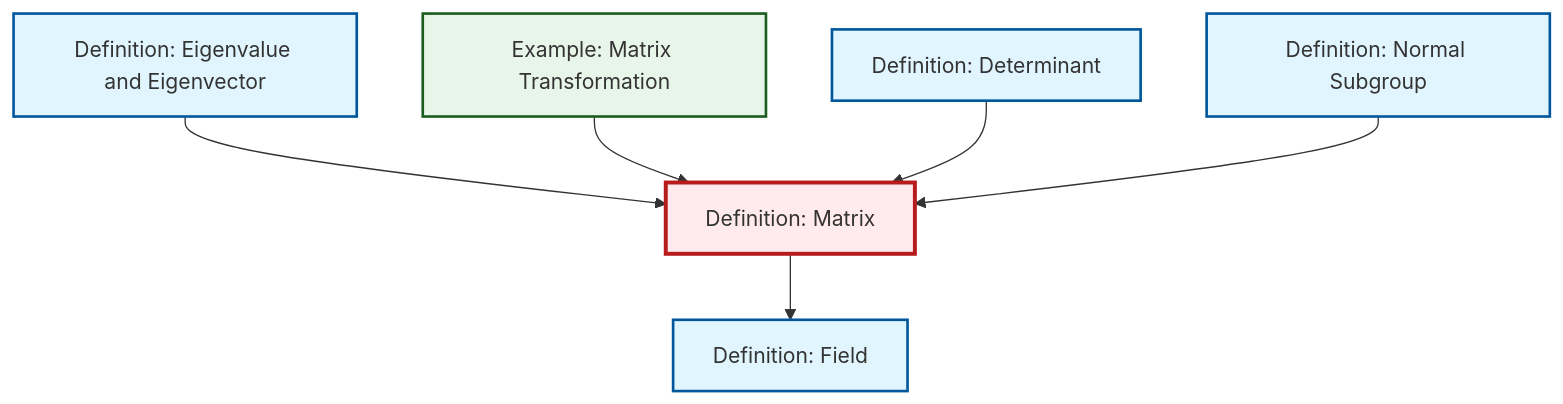
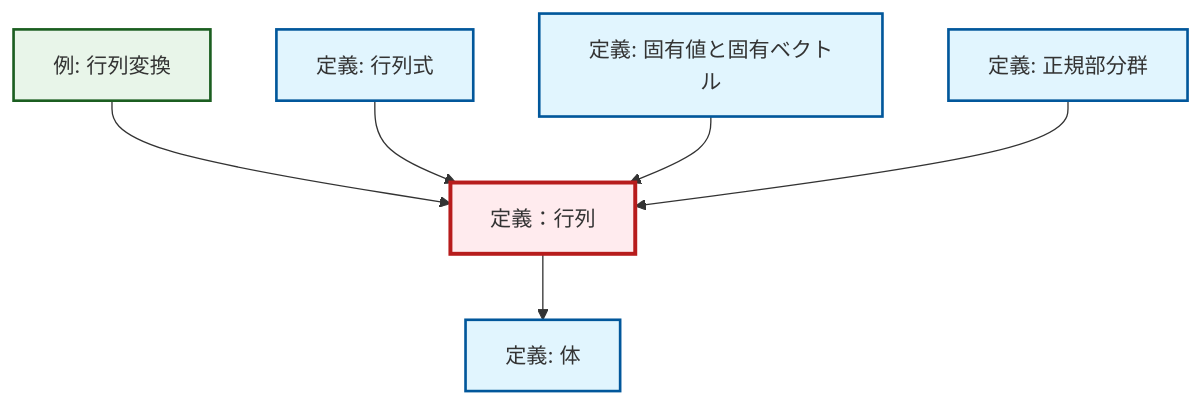
Before and after one commit to RK0429/ModernMath: the diagram in content/ja/algebra/def-matrix.qmd, drawn with Mermaid. The commit also changed 1069 other files, not shown here.

````diff
--- a/content/ja/algebra/def-matrix.qmd
+++ b/content/ja/algebra/def-matrix.qmd
@@ -60,26 +60,26 @@
 ```{mermaid}
 %%| fig-cap: "Local dependency graph"
 graph TD
     classDef definition fill:#e1f5fe,stroke:#01579b,stroke-width:2px
     classDef theorem fill:#f3e5f5,stroke:#4a148c,stroke-width:2px
     classDef axiom fill:#fff3e0,stroke:#e65100,stroke-width:2px
     classDef example fill:#e8f5e9,stroke:#1b5e20,stroke-width:2px
     classDef current fill:#ffebee,stroke:#b71c1c,stroke-width:3px
-    ex-matrix-transformation["Example: Matrix Transformation"]:::example
-    def-field["Definition: Field"]:::definition
-    def-matrix["Definition: Matrix"]:::definition
-    def-determinant["Definition: Determinant"]:::definition
-    def-eigenvalue-eigenvector["Definition: Eigenvalue and Eigenvector"]:::definition
-    def-normal-subgroup["Definition: Normal Subgroup"]:::definition
+    def-determinant["定義: 行列式"]:::definition
+    ex-matrix-transformation["例: 行列変換"]:::example
+    def-eigenvalue-eigenvector["定義: 固有値と固有ベクトル"]:::definition
+    def-normal-subgroup["定義: 正規部分群"]:::definition
+    def-field["定義: 体"]:::definition
+    def-matrix["定義：行列"]:::definition
+    ex-matrix-transformation --> def-matrix
+    def-matrix --> def-field
+    def-determinant --> def-matrix
     def-eigenvalue-eigenvector --> def-matrix
-    def-matrix --> def-field
-    ex-matrix-transformation --> def-matrix
-    def-determinant --> def-matrix
     def-normal-subgroup --> def-matrix
     class def-matrix current
-    click ex-matrix-transformation "ex-matrix-transformation.html" "Example: Matrix Transformationへ"
-    click def-field "def-field.html" "Definition: Fieldへ"
-    click def-determinant "def-determinant.html" "Definition: Determinantへ"
-    click def-eigenvalue-eigenvector "def-eigenvalue-eigenvector.html" "Definition: Eigenvalue and Eigenvectorへ"
-    click def-normal-subgroup "def-normal-subgroup.html" "Definition: Normal Subgroupへ"
+    click def-determinant "def-determinant.html" "行列式の定義へ"
+    click ex-matrix-transformation "ex-matrix-transformation.html" "行列変換の例へ"
+    click def-eigenvalue-eigenvector "def-eigenvalue-eigenvector.html" "固有値と固有ベクトルの定義へ"
+    click def-normal-subgroup "def-normal-subgroup.html" "正規部分群の定義へ"
+    click def-field "def-field.html" "体の定義へ"
 ```
````
